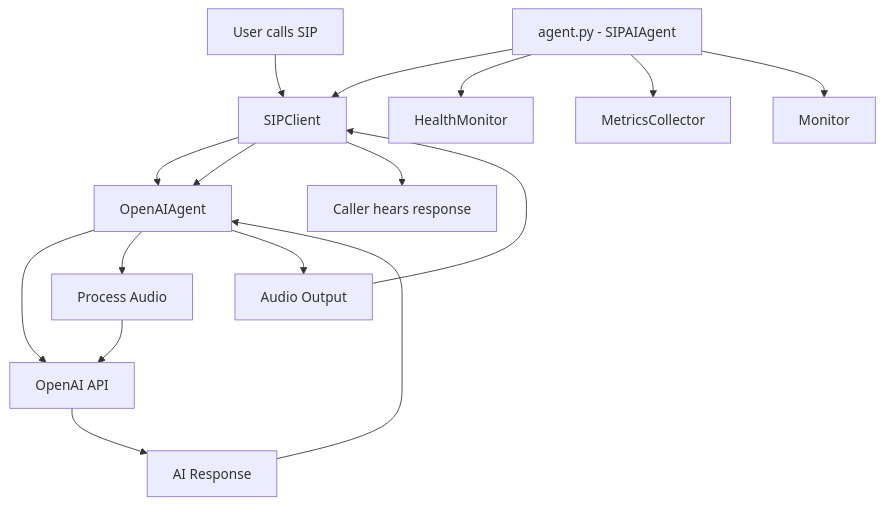
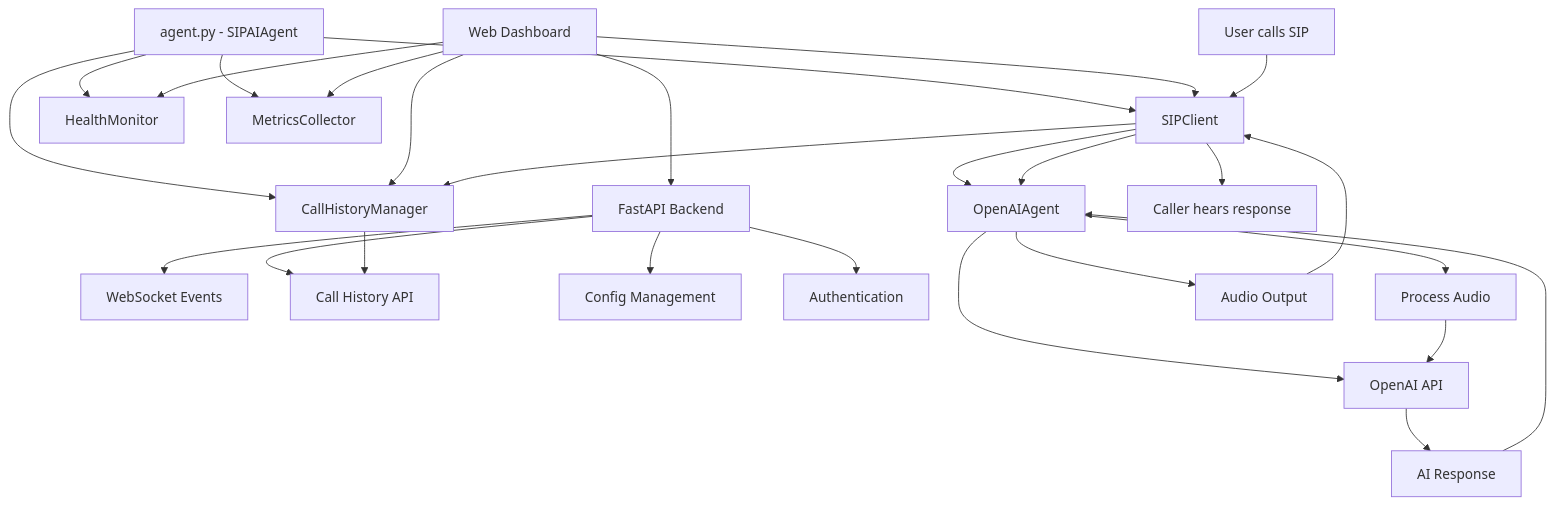
Before and after one commit to vaheed/sip-ai-agent: the diagram in README.md, drawn with Mermaid. The commit also changed other lines of this file and 2 other files, not shown here.

````diff
--- a/README.md
+++ b/README.md
@@ -37,19 +45,33 @@
 ```mermaid
 graph TD
     A[agent.py - SIPAIAgent] --> B[SIPClient]
     A --> C[HealthMonitor]
     A --> D[MetricsCollector]
-    A --> E[Monitor]
+    A --> E[CallHistoryManager]
     B --> F[OpenAIAgent]
     F --> G[OpenAI API]
     
-    H[User calls SIP] --> B
+    H[Web Dashboard] --> I[FastAPI Backend]
+    I --> J[WebSocket Events]
+    I --> K[Call History API]
+    I --> L[Config Management]
+    I --> M[Authentication]
+    
+    H --> B
+    H --> C
+    H --> D
+    H --> E
+    
+    N[User calls SIP] --> B
     B --> F
-    F --> I[Process Audio]
-    I --> G
-    G --> J[AI Response]
-    J --> F
-    F --> K[Audio Output]
-    K --> B
-    B --> L[Caller hears response]
+    F --> O[Process Audio]
+    O --> G
+    G --> P[AI Response]
+    P --> F
+    F --> Q[Audio Output]
+    Q --> B
+    B --> R[Caller hears response]
+    
+    B --> E
+    E --> K
 ```
````
